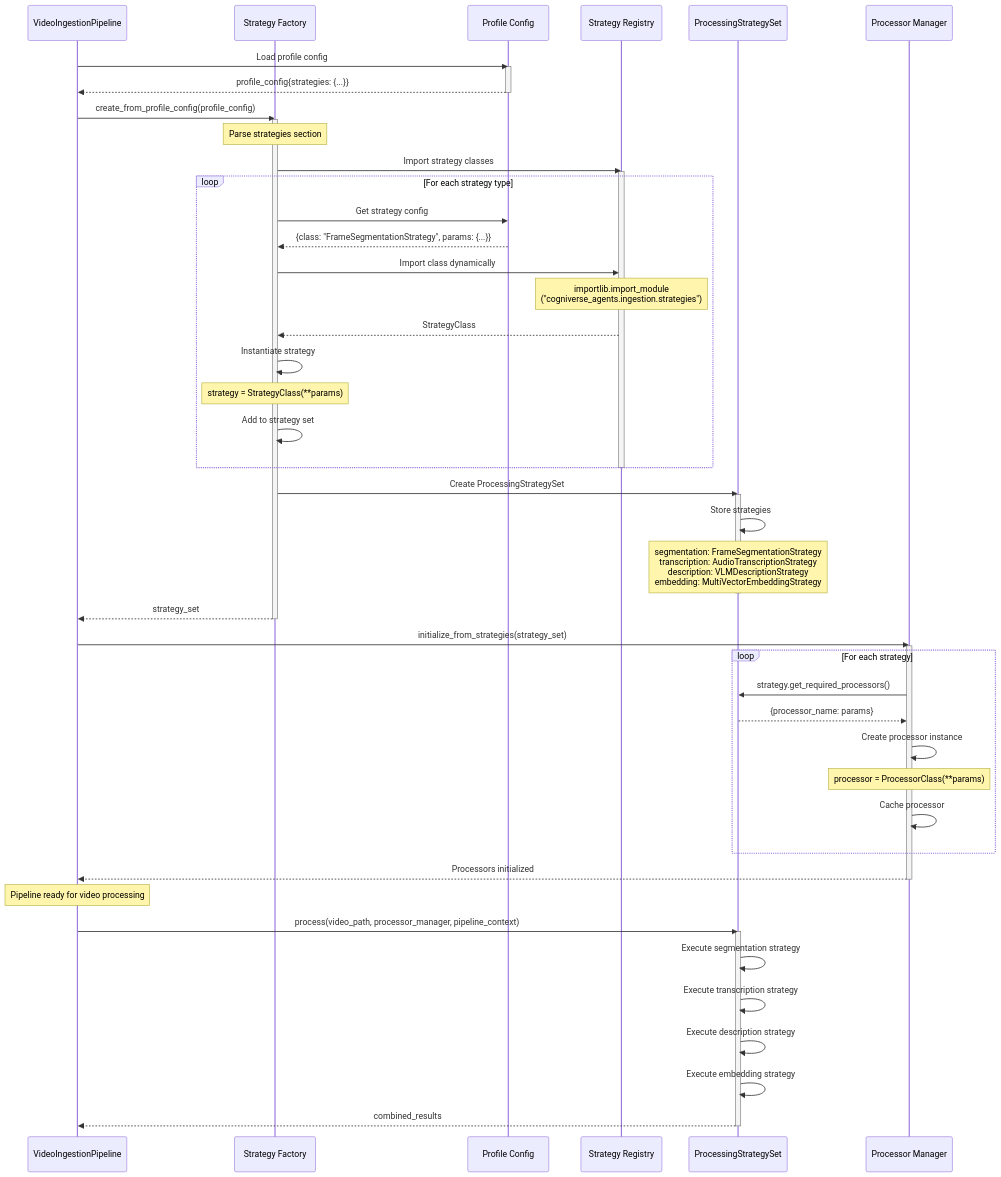
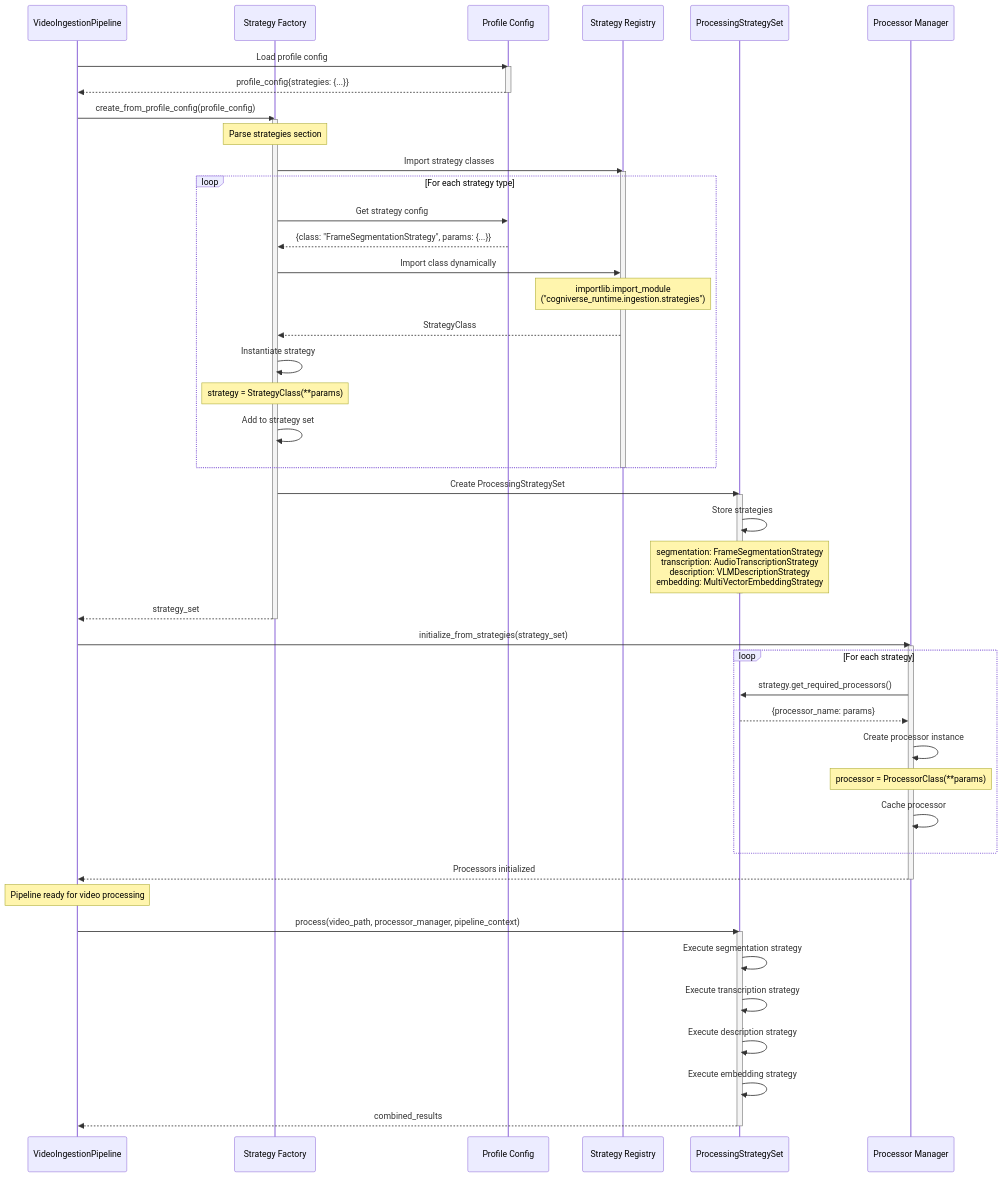
Before and after one commit to amit-jain/cogniverse: the second of 6 diagrams in docs/modules/ingestion.md, drawn with Mermaid. The commit also changed other lines of this file and 83 other files, not shown here.

First line of the commit message:
Fix documentation veracity, formatting, and diagrams across all modules

````diff
--- a/docs/modules/ingestion.md
+++ b/docs/modules/ingestion.md
@@ -169,77 +222,77 @@
 ```mermaid
 sequenceDiagram
     participant Pipeline as VideoIngestionPipeline
     participant Factory as Strategy Factory
     participant Config as Profile Config
     participant Registry as Strategy Registry
     participant StrategySet as ProcessingStrategySet
     participant ProcMgr as Processor Manager
 
     Pipeline->>Config: Load profile config
     activate Config
     Config-->>Pipeline: profile_config{strategies: {...}}
     deactivate Config
 
     Pipeline->>Factory: create_from_profile_config(profile_config)
     activate Factory
 
     Note over Factory: Parse strategies section
 
     Factory->>Registry: Import strategy classes
     activate Registry
 
     loop For each strategy type
         Factory->>Config: Get strategy config
         Config-->>Factory: {class: "FrameSegmentationStrategy", params: {...}}
 
         Factory->>Registry: Import class dynamically
-        Note over Registry: importlib.import_module<br/>("cogniverse_agents.ingestion.strategies")
+        Note over Registry: importlib.import_module<br/>("cogniverse_runtime.ingestion.strategies")
 
         Registry-->>Factory: StrategyClass
 
         Factory->>Factory: Instantiate strategy
         Note over Factory: strategy = StrategyClass(**params)
 
         Factory->>Factory: Add to strategy set
     end
 
     deactivate Registry
 
     Factory->>StrategySet: Create ProcessingStrategySet
     activate StrategySet
     StrategySet->>StrategySet: Store strategies
     Note over StrategySet: segmentation: FrameSegmentationStrategy<br/>transcription: AudioTranscriptionStrategy<br/>description: VLMDescriptionStrategy<br/>embedding: MultiVectorEmbeddingStrategy
     deactivate StrategySet
 
     Factory-->>Pipeline: strategy_set
     deactivate Factory
 
     Pipeline->>ProcMgr: initialize_from_strategies(strategy_set)
     activate ProcMgr
 
     loop For each strategy
         ProcMgr->>StrategySet: strategy.get_required_processors()
         StrategySet-->>ProcMgr: {processor_name: params}
 
         ProcMgr->>ProcMgr: Create processor instance
         Note over ProcMgr: processor = ProcessorClass(**params)
 
         ProcMgr->>ProcMgr: Cache processor
     end
 
     ProcMgr-->>Pipeline: Processors initialized
     deactivate ProcMgr
 
     Note over Pipeline: Pipeline ready for video processing
 
     Pipeline->>StrategySet: process(video_path, processor_manager, pipeline_context)
     activate StrategySet
 
     StrategySet->>StrategySet: Execute segmentation strategy
     StrategySet->>StrategySet: Execute transcription strategy
     StrategySet->>StrategySet: Execute description strategy
     StrategySet->>StrategySet: Execute embedding strategy
 
     StrategySet-->>Pipeline: combined_results
     deactivate StrategySet
 ```
````
